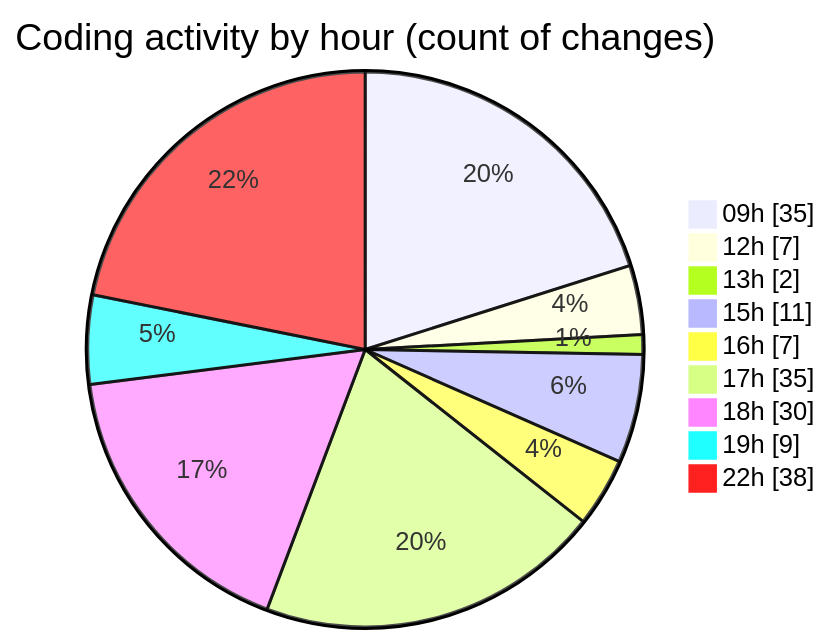
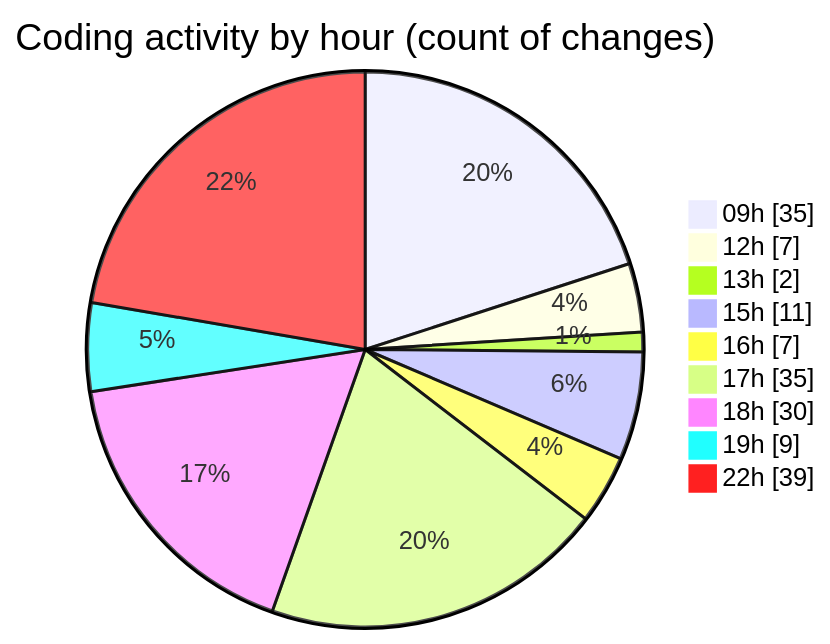
One commit to momahboobian/code-tracking changed the second of 2 diagrams in 2026-06-11/cda/README.md. Above: the diagram before and after it, drawn with Mermaid. The commit also changed other lines of this file and 1 other file, not shown here.

````diff
--- a/2026-06-11/cda/README.md
+++ b/2026-06-11/cda/README.md
@@ -71,13 +71,13 @@
 ```mermaid
 pie showData
 title Coding activity by hour (count of changes)
 "09h" : 35
 "12h" : 7
 "13h" : 2
 "15h" : 11
 "16h" : 7
 "17h" : 35
 "18h" : 30
 "19h" : 9
-"22h" : 38
+"22h" : 39
 ```
````
